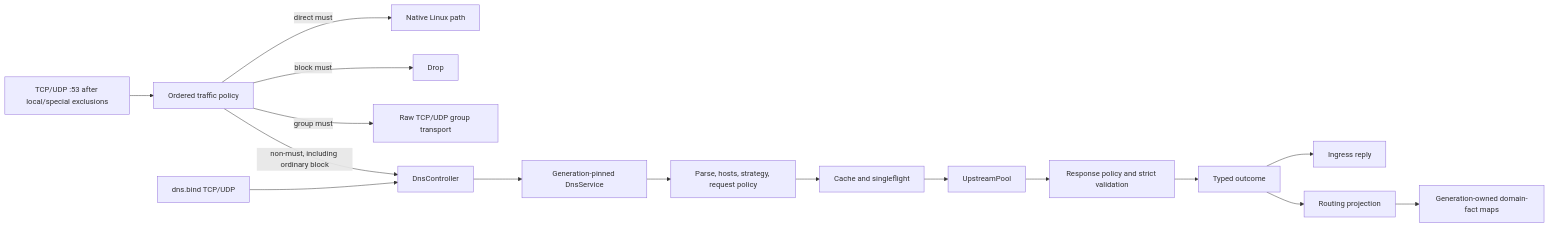
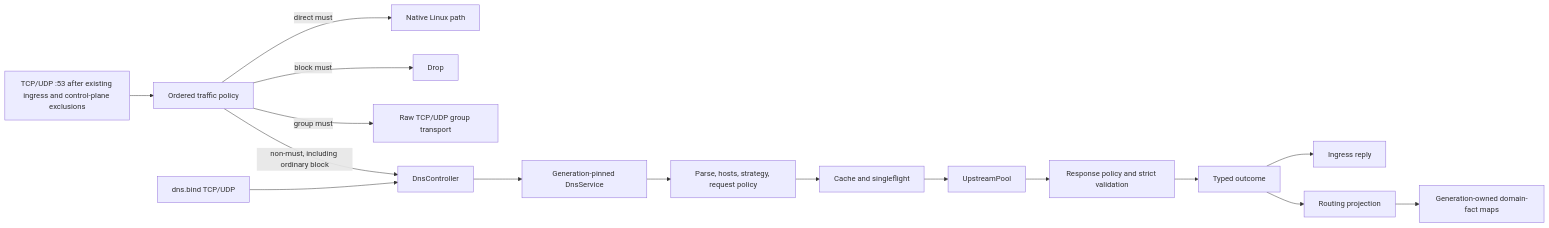
Before and after one commit to Glassyiris/honk: the diagram in doc/en/design/dns.md, drawn with Mermaid. The commit also changed other lines of this file and 50 other files, not shown here.

````diff
--- a/doc/en/design/dns.md
+++ b/doc/en/design/dns.md
@@ -9,18 +9,18 @@
 ```mermaid
 flowchart LR
-    T[TCP/UDP :53 after local/special exclusions] --> TR[Ordered traffic policy]
+    T[TCP/UDP :53 after existing ingress and control-plane exclusions] --> TR[Ordered traffic policy]
     TR -->|direct must| N[Native Linux path]
     TR -->|block must| DROP[Drop]
     TR -->|group must| RAW[Raw TCP/UDP group transport]
     TR -->|non-must, including ordinary block| C[DnsController]
     B[dns.bind TCP/UDP] --> C
     C --> G[Generation-pinned DnsService]
     G --> P[Parse, hosts, strategy, request policy]
     P --> F[Cache and singleflight]
     F --> U[UpstreamPool]
     U --> R[Response policy and strict validation]
     R --> O[Typed outcome]
     O --> X[Ingress reply]
     O --> M[Routing projection]
     M --> D[Generation-owned domain-fact maps]
 ```
````
